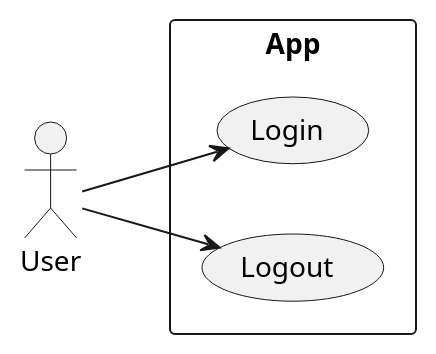
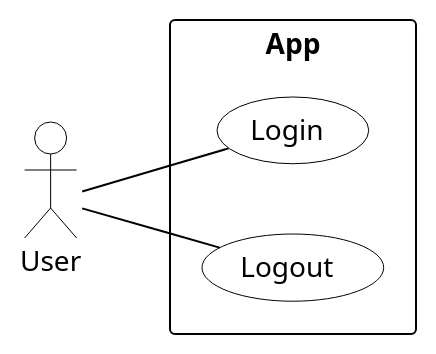
The fourth of 4 diagrams in .agent/skills/analyste-uml/resources/spec-plantuml.md (labs-web/projet-technique), drawn with PlantUML before and after one commit. The commit also changed other lines of this file and 3 other files, not shown here.

````diff
--- a/.agent/skills/analyste-uml/resources/spec-plantuml.md
+++ b/.agent/skills/analyste-uml/resources/spec-plantuml.md
@@ -41,12 +55,23 @@
 ```puml
 @startuml
 left to right direction
+skinparam packageStyle rectangle
+
+' Schéma de couleurs monochrome
+skinparam actorBackgroundColor white
+skinparam actorBorderColor black
+skinparam usecaseBackgroundColor white
+skinparam usecaseBorderColor black
+skinparam packageBackgroundColor white
+skinparam packageBorderColor black
+skinparam arrowColor black
+
 actor "User" as U
 rectangle "App" {
   usecase "Login" as UC1
   usecase "Logout" as UC2
 }
-U --> UC1
-U --> UC2
+U -- UC1
+U -- UC2
 @enduml
 ```
````
